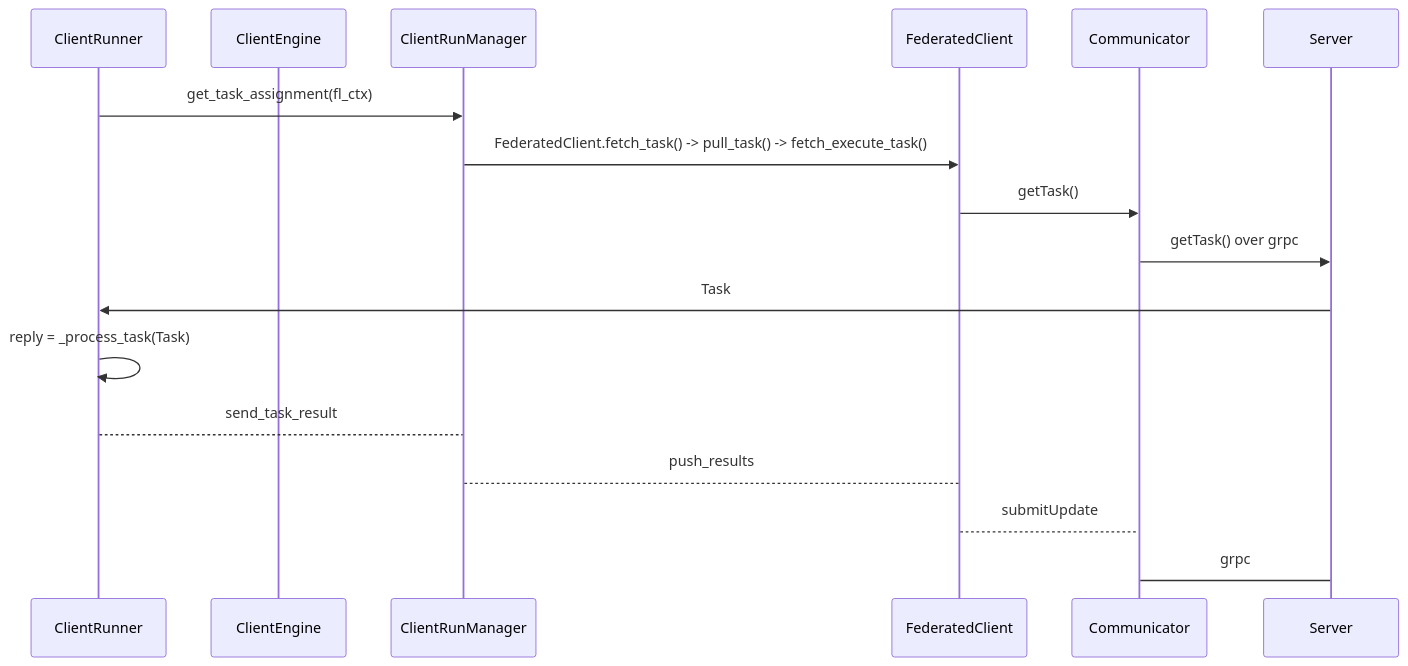
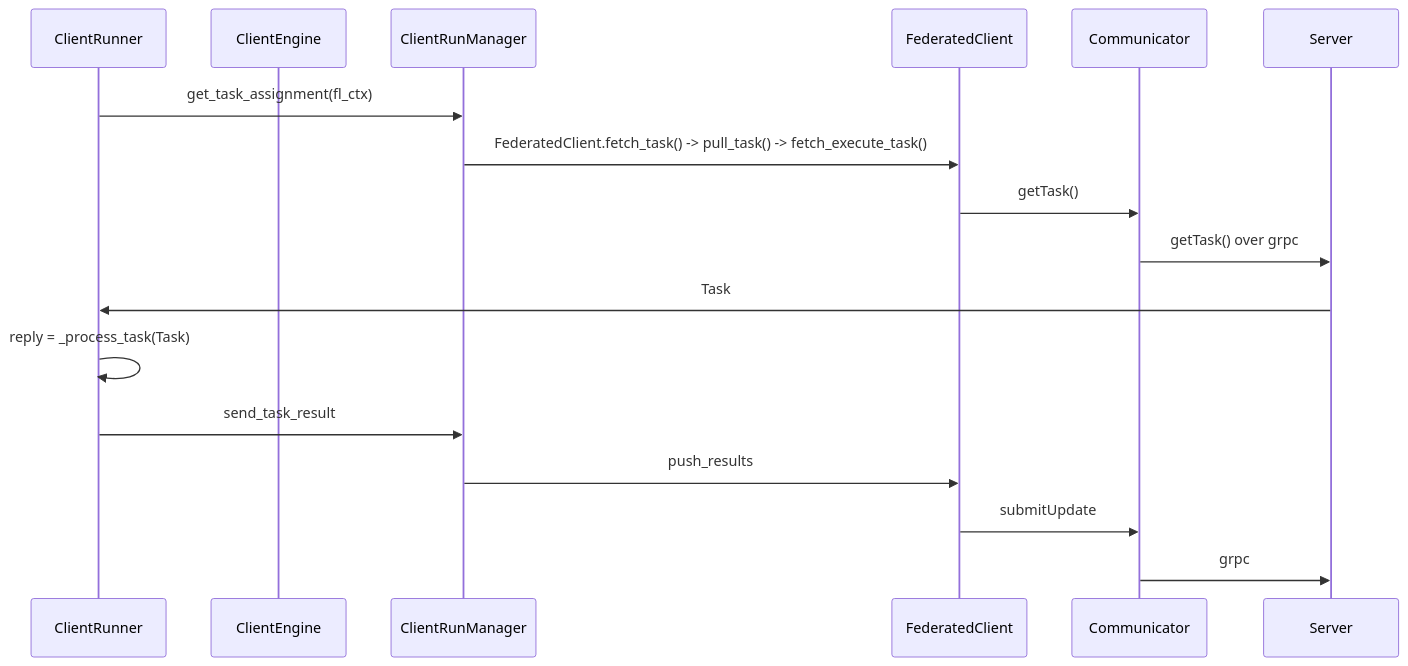
One commit to hitesh-ag1/NVFlare changed the tenth of 11 diagrams in docs/system_state_and_flow/system_workflow.md. Above: the diagram before and after it, drawn with Mermaid. The commit also changed other lines of this file, not shown here.

Commit message:
update client side process workflow sequence diagram

````diff
--- a/docs/system_state_and_flow/system_workflow.md
+++ b/docs/system_state_and_flow/system_workflow.md
@@ -229,21 +229,21 @@
 ```mermaid
 sequenceDiagram
     participant ClientRunner
     participant ClientEngine
     participant ClientRunManager
     participant FederatedClient
     participant Communicator
     participant Server
  
                 ClientRunner  ->> ClientRunManager:get_task_assignment(fl_ctx)
                 ClientRunManager  ->> FederatedClient:FederatedClient.fetch_task() -> pull_task() -> fetch_execute_task()
                 FederatedClient  ->> Communicator:getTask()
                 Communicator ->> Server : getTask() over grpc
                 Server ->> ClientRunner: Task
                 ClientRunner ->> ClientRunner: reply = _process_task(Task)
-                ClientRunner --> ClientRunManager: send_task_result
-                ClientRunManager --> FederatedClient: push_results
-                FederatedClient --> Communicator: submitUpdate
-                Communicator -> Server: grpc 
+                ClientRunner ->> ClientRunManager: send_task_result
+                ClientRunManager ->> FederatedClient: push_results
+                FederatedClient ->> Communicator: submitUpdate
+                Communicator ->> Server: grpc 
   
 ```
````
